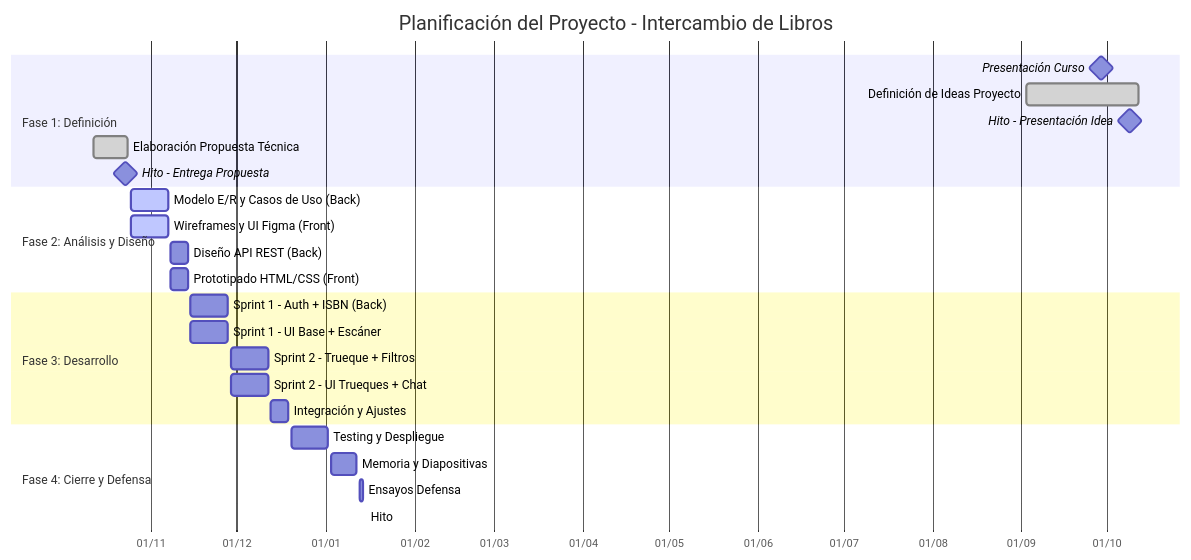
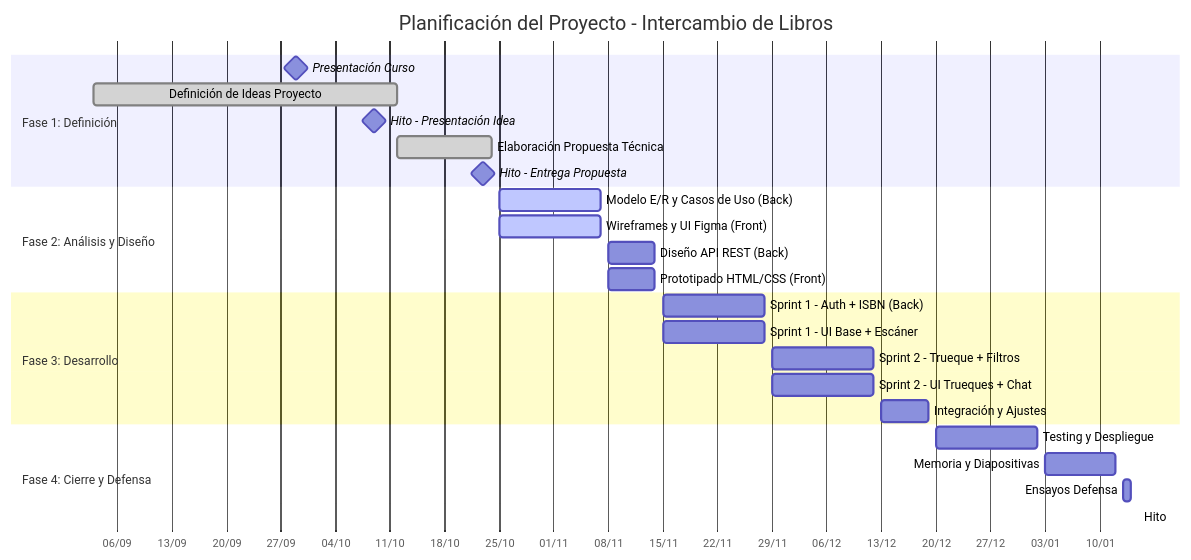
The diagram in README.md (librolibre/librolibre), drawn with Mermaid before and after one commit.

Commit message:
Actualizamos fechas

````diff
--- a/README.md
+++ b/README.md
@@ -13,32 +13,32 @@
 ```mermaid
 gantt
     title Planificación del Proyecto - Intercambio de Libros
     dateFormat  YYYY-MM-DD
     axisFormat %d/%m
     
     section Fase 1: Definición
     Presentación Curso              :milestone, 2026-09-29, 0d
     Definición de Ideas Proyecto    :done, 2026-09-03, 2026-10-12
     Hito - Presentación Idea        :milestone, 2026-10-09, 0d
-    Elaboración Propuesta Técnica   :done, 2025-10-12, 2025-10-24
-    Hito - Entrega Propuesta        :milestone, 2025-10-23, 0d
+    Elaboración Propuesta Técnica   :done, 2026-10-12, 2026-10-24
+    Hito - Entrega Propuesta        :milestone, 2026-10-23, 0d
 
     section Fase 2: Análisis y Diseño
-    Modelo E/R y Casos de Uso (Back) :active, 2025-10-25, 2025-11-07
-    Wireframes y UI Figma (Front)   :active, 2025-10-25, 2025-11-07
-    Diseño API REST (Back)          :2025-11-08, 2025-11-14
-    Prototipado HTML/CSS (Front)    :2025-11-08, 2025-11-14
+    Modelo E/R y Casos de Uso (Back) :active, 2026-10-25, 2026-11-07
+    Wireframes y UI Figma (Front)   :active, 2026-10-25, 2026-11-07
+    Diseño API REST (Back)          :2026-11-08, 2026-11-14
+    Prototipado HTML/CSS (Front)    :2026-11-08, 2026-11-14
 
     section Fase 3: Desarrollo
-    Sprint 1 - Auth + ISBN (Back)   :2025-11-15, 2025-11-28
-    Sprint 1 - UI Base + Escáner    :2025-11-15, 2025-11-28
-    Sprint 2 - Trueque + Filtros    :2025-11-29, 2025-12-12
-    Sprint 2 - UI Trueques + Chat   :2025-11-29, 2025-12-12
-    Integración y Ajustes          :2025-12-13, 2025-12-19
+    Sprint 1 - Auth + ISBN (Back)   :2026-11-15, 2026-11-28
+    Sprint 1 - UI Base + Escáner    :2026-11-15, 2026-11-28
+    Sprint 2 - Trueque + Filtros    :2026-11-29, 2026-12-12
+    Sprint 2 - UI Trueques + Chat   :2026-11-29, 2026-12-12
+    Integración y Ajustes           :2026-12-13, 2026-12-19
 
     section Fase 4: Cierre y Defensa
-    Testing y Despliegue           :2025-12-20, 2026-01-02
-    Memoria y Diapositivas         :2026-01-03, 2026-01-12
-    Ensayos Defensa                :2026-01-13, 2026-01-14
-    Hito: Defensa Oral             :milestone, 2026-01-15, 0d
+    Testing y Despliegue           :2026-12-20, 2027-01-02
+    Memoria y Diapositivas         :2027-01-03, 2027-01-12
+    Ensayos Defensa                :2027-01-13, 2027-01-14
+    Hito: Defensa Oral             :milestone, 2027-01-15, 0d
 ```
````
